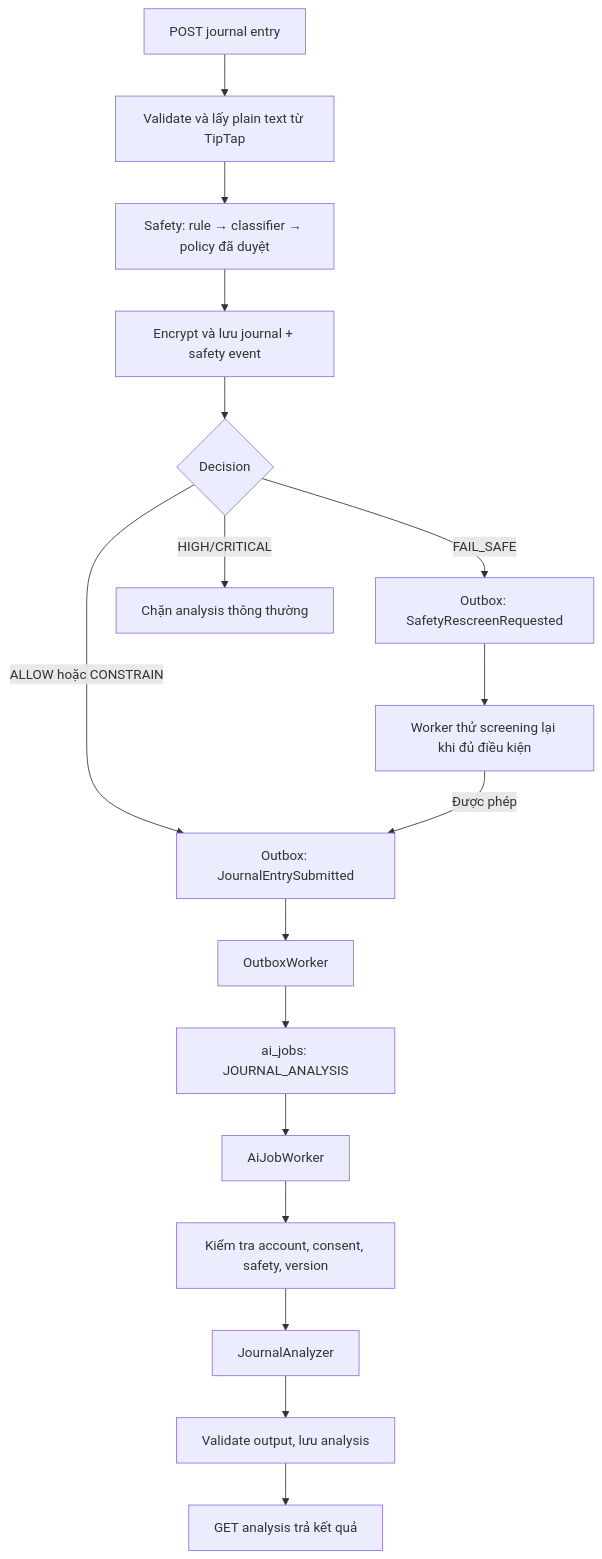
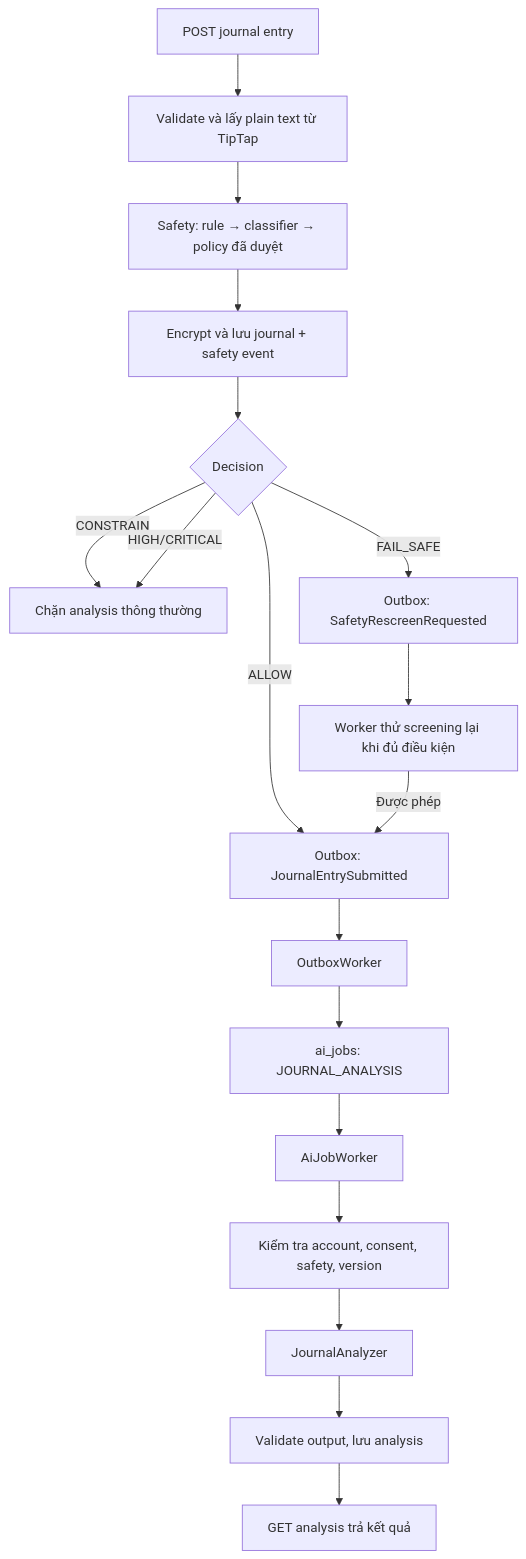
Before and after one commit to MinhThienNguyen040905/my-log-platform: the diagram in backend/docs/AI_ANALYSIS_GUIDE.md, drawn with Mermaid. The commit also changed other lines of this file and 30 other files, not shown here.

````diff
--- a/backend/docs/AI_ANALYSIS_GUIDE.md
+++ b/backend/docs/AI_ANALYSIS_GUIDE.md
@@ -48,19 +48,20 @@
 ```mermaid
 flowchart TD
     A[POST journal entry] --> B[Validate và lấy plain text từ TipTap]
     B --> C[Safety: rule → classifier → policy đã duyệt]
     C --> D[Encrypt và lưu journal + safety event]
     D --> E{Decision}
-    E -->|ALLOW hoặc CONSTRAIN| F[Outbox: JournalEntrySubmitted]
+    E -->|ALLOW| F[Outbox: JournalEntrySubmitted]
+    E -->|CONSTRAIN| H
     E -->|FAIL_SAFE| G[Outbox: SafetyRescreenRequested]
     E -->|HIGH/CRITICAL| H[Chặn analysis thông thường]
     F --> I[OutboxWorker]
     I --> J[ai_jobs: JOURNAL_ANALYSIS]
     J --> K[AiJobWorker]
     K --> L[Kiểm tra account, consent, safety, version]
     L --> M[JournalAnalyzer]
     M --> N[Validate output, lưu analysis]
     N --> O[GET analysis trả kết quả]
     G --> P[Worker thử screening lại khi đủ điều kiện]
     P -->|Được phép| F
 ```
````
